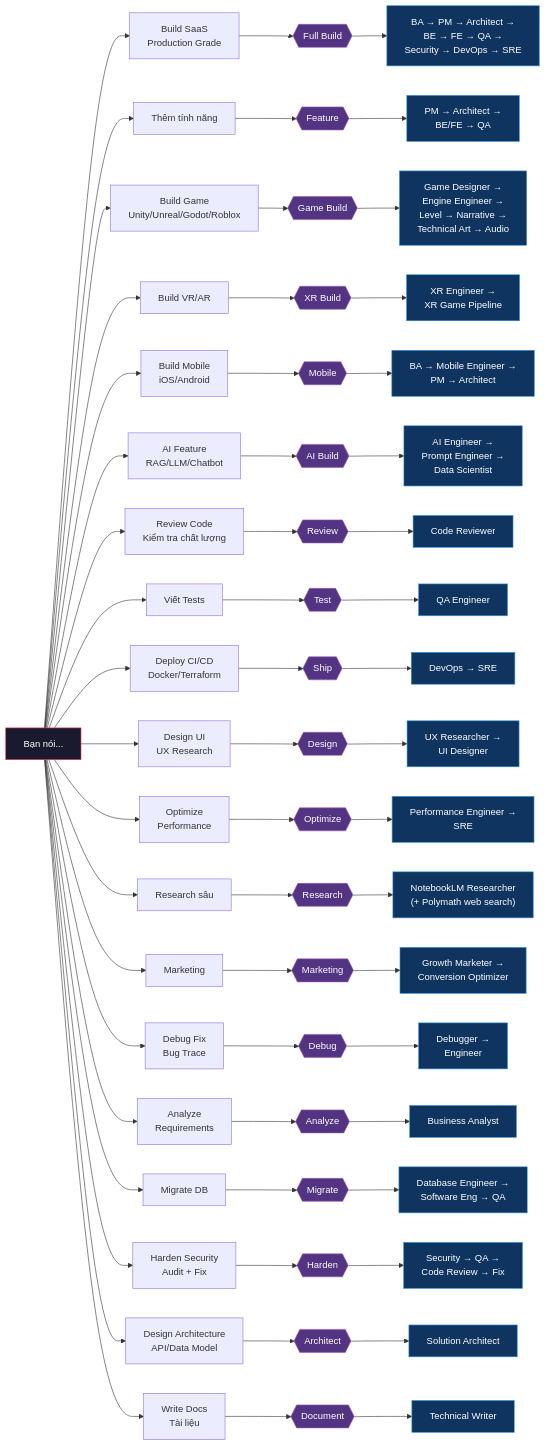
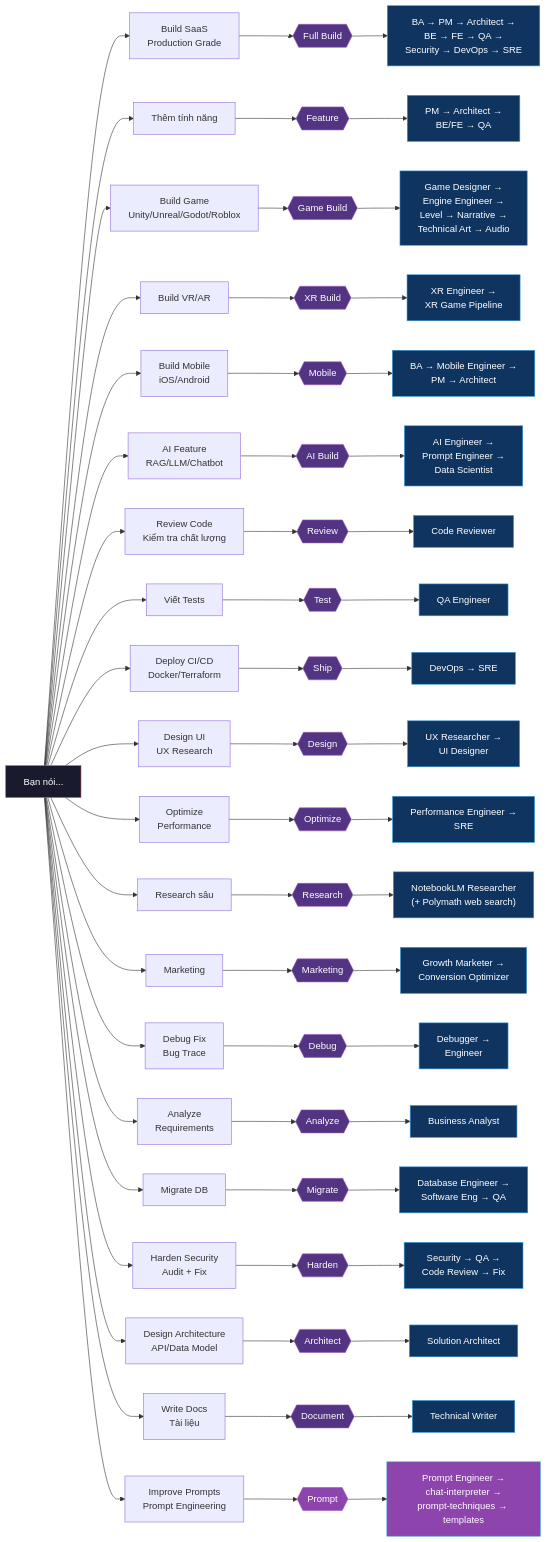
One commit to buiphucminhtam/forgewright changed diagram 14 of 15 in README.vi.md. Above: the diagram before and after it, drawn with Mermaid. The commit also changed other lines of this file and 6 other files, not shown here.

````diff
--- a/README.vi.md
+++ b/README.vi.md
@@ -694,6 +703,7 @@
     INPUT --> F17["Harden Security<br/>Audit + Fix"]
     INPUT --> F18["Design Architecture<br/>API/Data Model"]
     INPUT --> F19["Write Docs<br/>Tài liệu"]
+    INPUT --> F20["Improve Prompts<br/>Prompt Engineering"]
 
     F1 --> M1{{"Full Build"}}
     F2 --> M2{{"Feature"}}
@@ -714,6 +724,7 @@
     F17 --> M17{{"Harden"}}
     F18 --> M18{{"Architect"}}
     F19 --> M19{{"Document"}}
+    F20 --> M20{{"Prompt"}}
 
     M1 --> SK1["BA → PM → Architect →<br/>BE → FE → QA →<br/>Security → DevOps → SRE"]
     M2 --> SK2["PM → Architect →<br/>BE/FE → QA"]
@@ -734,6 +745,7 @@
     M17 --> SK17["Security → QA →<br/>Code Review → Fix"]
     M18 --> SK18["Solution Architect"]
     M19 --> SK19["Technical Writer"]
+    M20 --> SK20["Prompt Engineer →<br/>chat-interpreter →<br/>prompt-techniques → templates"]
 
     style INPUT fill:#1a1a2e,stroke:#e94560,color:#fff
     style M1 fill:#533483,stroke:#9b59b6,color:#fff
@@ -755,6 +767,7 @@
     style M17 fill:#533483,stroke:#9b59b6,color:#fff
     style M18 fill:#533483,stroke:#9b59b6,color:#fff
     style M19 fill:#533483,stroke:#9b59b6,color:#fff
+    style M20 fill:#8e44ad,stroke:#9b59b6,color:#fff
     style SK1 fill:#0f3460,stroke:#3498db,color:#fff
     style SK2 fill:#0f3460,stroke:#3498db,color:#fff
     style SK3 fill:#0f3460,stroke:#3498db,color:#fff
@@ -774,4 +787,5 @@
     style SK17 fill:#0f3460,stroke:#3498db,color:#fff
     style SK18 fill:#0f3460,stroke:#3498db,color:#fff
     style SK19 fill:#0f3460,stroke:#3498db,color:#fff
+    style SK20 fill:#8e44ad,stroke:#3498db,color:#fff
 ```
````
